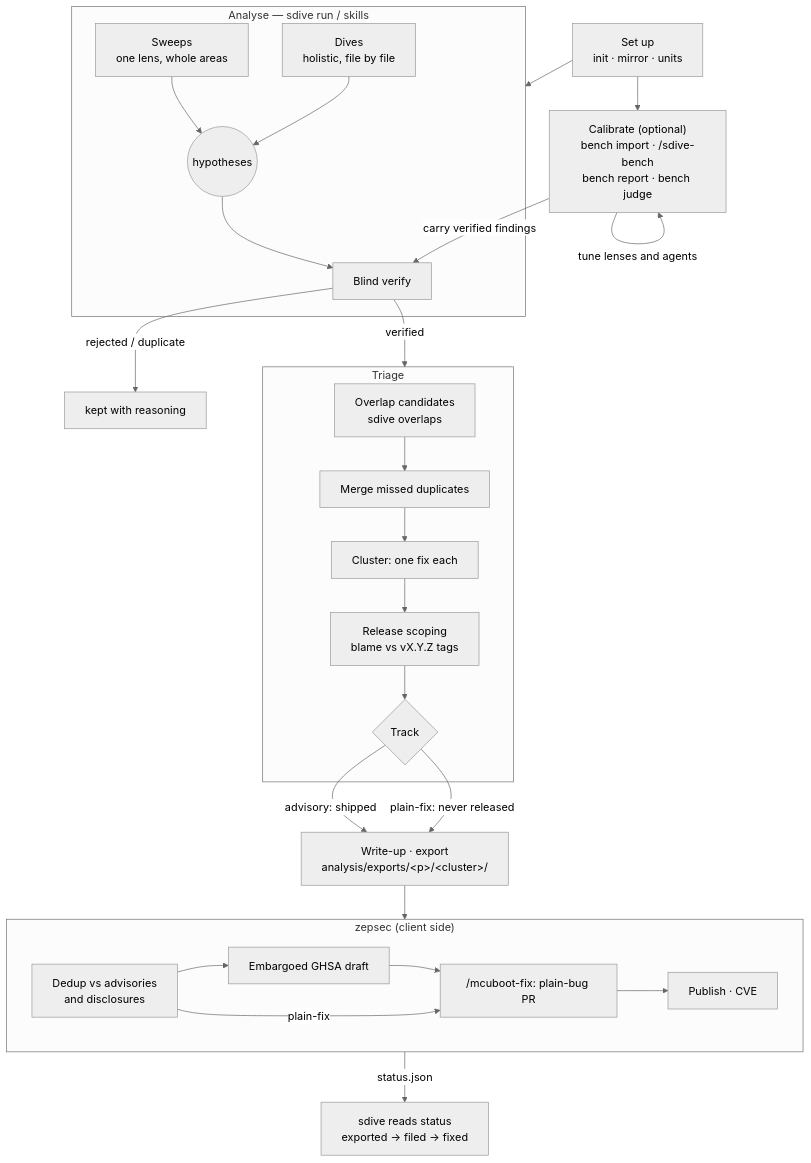
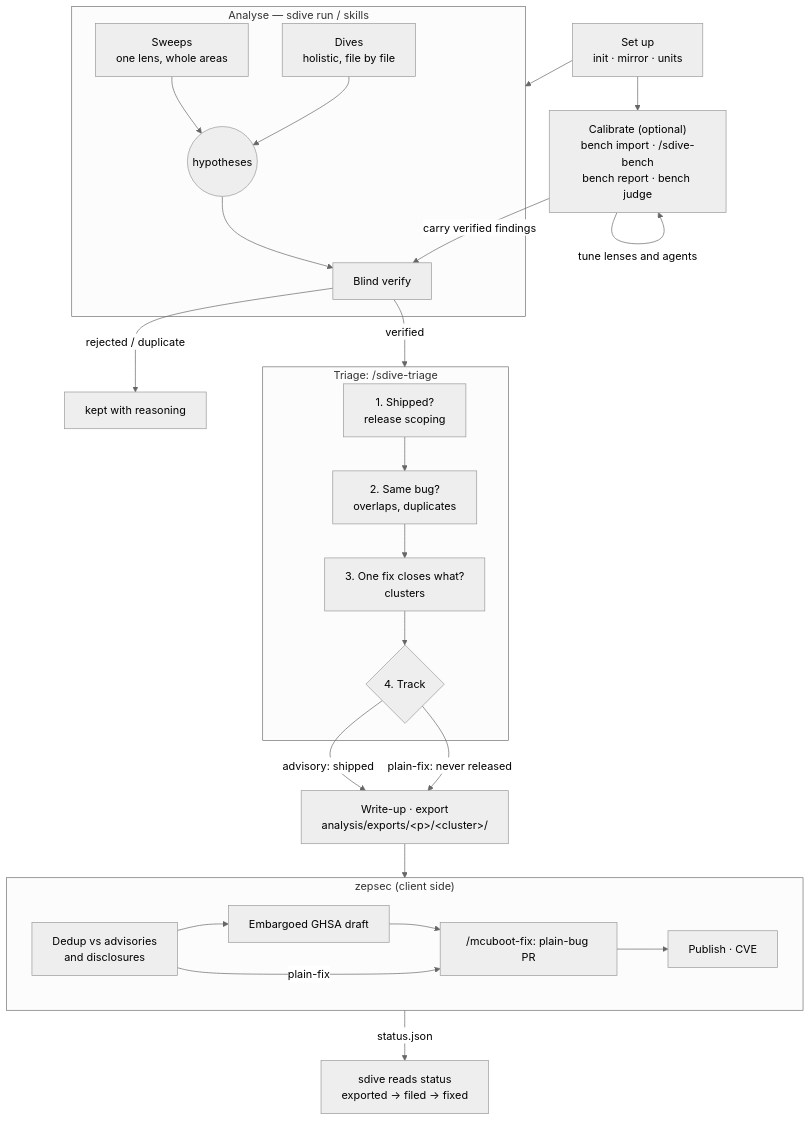
One commit to ceolin/sdive changed the diagram in process.md. Above: the diagram before and after it, drawn with Mermaid (neutral theme). The commit also changed other lines of this file and 6 other files, not shown here.

First line of the commit message:
Add /sdive-triage and sdive triage status

````diff
--- a/process.md
+++ b/process.md
@@ -57,36 +51,35 @@
 ```mermaid
 flowchart TD
     setup["Set up<br/>init · mirror · units"] --> bench
     setup --> analyse
     bench["Calibrate (optional)<br/>bench import · /sdive-bench<br/>bench report · bench judge"] -->|tune lenses and agents| bench
     bench -->|carry verified findings| verify
 
     subgraph analyse ["Analyse — sdive run / skills"]
         sweep["Sweeps<br/>one lens, whole areas"] --> hyp((hypotheses))
         dive["Dives<br/>holistic, file by file"] --> hyp
         hyp --> verify["Blind verify"]
     end
 
     verify -->|rejected / duplicate| done1[kept with reasoning]
     verify -->|verified| triage
 
-    subgraph triage ["Triage"]
-        overlap["Overlap candidates<br/>sdive overlaps"] --> dup["Merge missed duplicates"]
-        dup --> cluster["Cluster: one fix each"]
-        cluster --> scope["Release scoping<br/>blame vs vX.Y.Z tags"]
-        scope --> track{"Track"}
+    subgraph triage ["Triage: /sdive-triage"]
+        scope["1. Shipped?<br/>release scoping"] --> dup["2. Same bug?<br/>overlaps, duplicates"]
+        dup --> cluster["3. One fix closes what?<br/>clusters"]
+        cluster --> track{"4. Track"}
     end
 
     track -->|advisory: shipped| export
     track -->|plain-fix: never released| export
     export["Write-up · export<br/>analysis/exports/&lt;p&gt;/&lt;cluster&gt;/"] --> zepsec
 
     subgraph zepsec ["zepsec (client side)"]
         dedup["Dedup vs advisories<br/>and disclosures"] --> ghsa["Embargoed GHSA draft"]
         ghsa --> fix["/mcuboot-fix: plain-bug PR"]
         dedup -->|plain-fix| fix
         fix --> pub["Publish · CVE"]
     end
 
     zepsec -->|status.json| back["sdive reads status<br/>exported → filed → fixed"]
 ```
````
